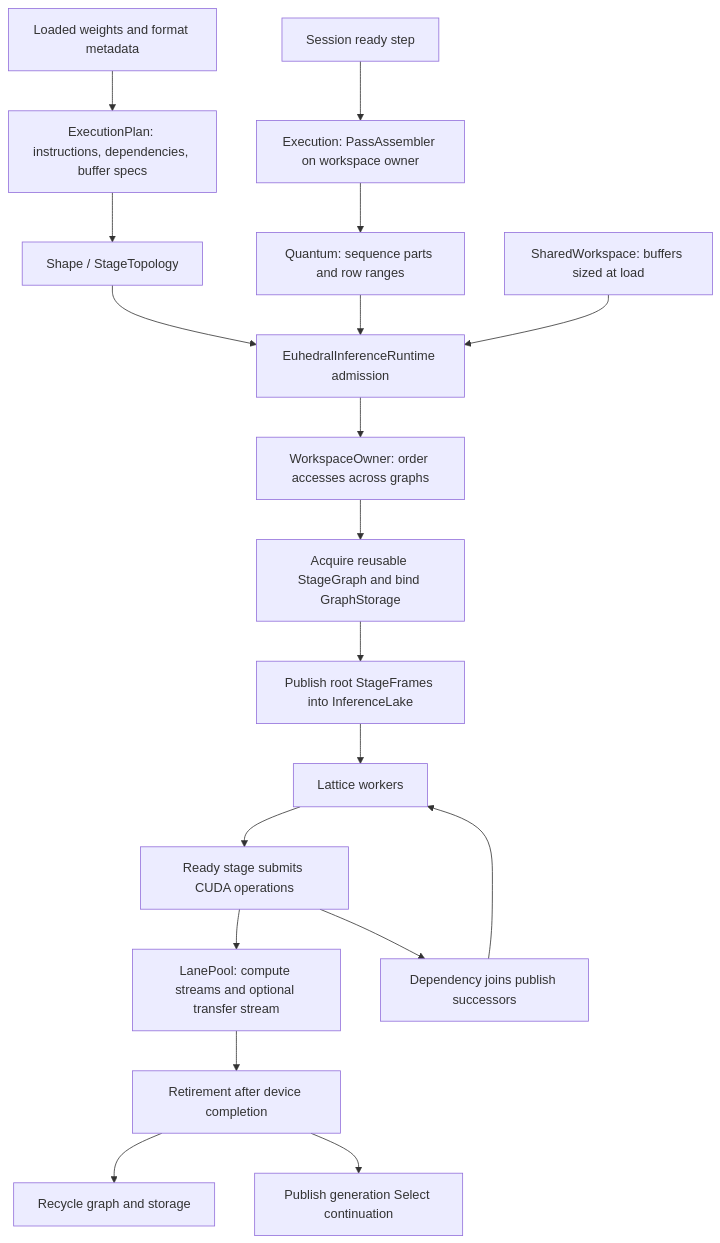
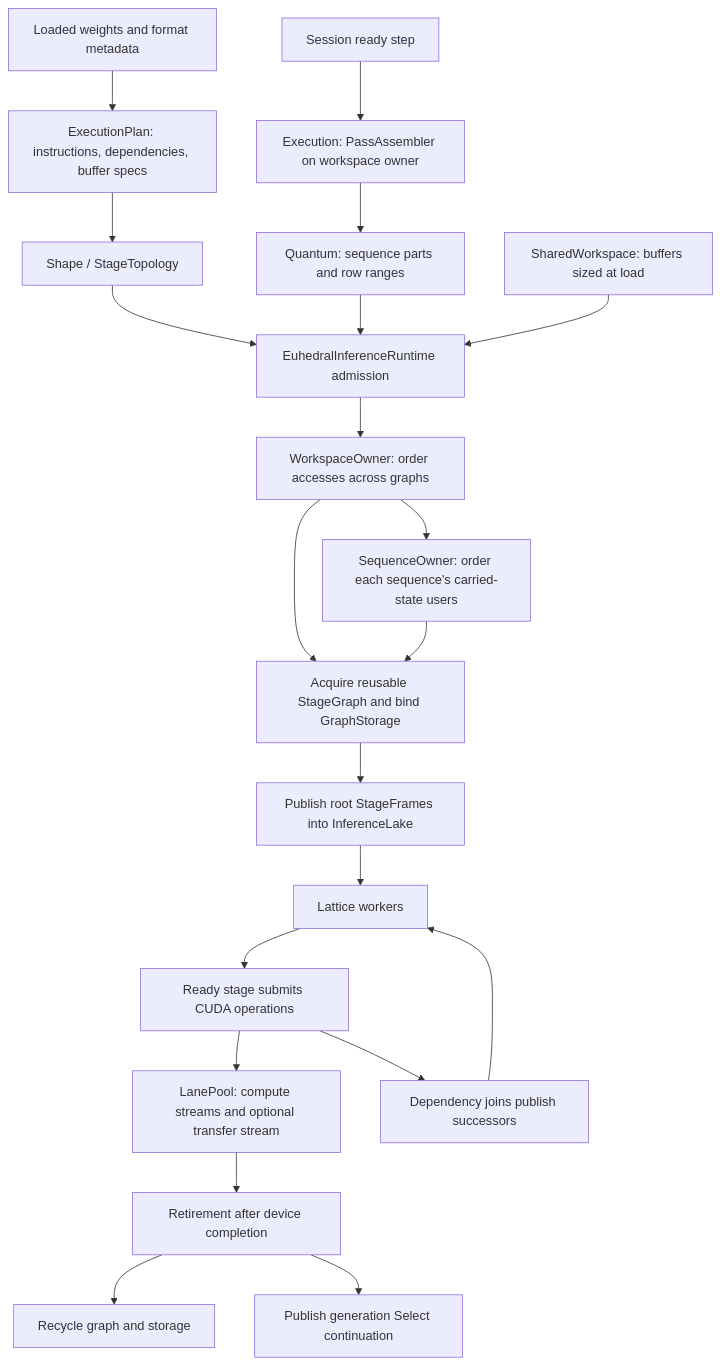
One commit to Euhedral-Engine/Euhedral changed the diagram in docs/architecture/03-execution-engine.md. Above: the diagram before and after it, drawn with Mermaid. The commit also changed other lines of this file and 10 other files, not shown here.

Commit message:
docs: refresh architecture against current runtime and startup

````diff
--- a/docs/architecture/03-execution-engine.md
+++ b/docs/architecture/03-execution-engine.md
@@ -5,21 +5,23 @@
 ```mermaid
 flowchart TB
     W[Loaded weights and format metadata] --> P[ExecutionPlan: instructions, dependencies, buffer specs]
     S[Session ready step] --> A[Execution: PassAssembler on workspace owner]
     A --> Q[Quantum: sequence parts and row ranges]
     P --> Shape[Shape / StageTopology]
     Shape --> R[EuhedralInferenceRuntime admission]
     Q --> R
     Shared[SharedWorkspace: buffers sized at load] --> R
     R --> Owner[WorkspaceOwner: order accesses across graphs]
     Owner --> Graph[Acquire reusable StageGraph and bind GraphStorage]
+    Owner --> Carried[SequenceOwner: order each sequence's carried-state users]
+    Carried --> Graph
     Graph --> Roots[Publish root StageFrames into InferenceLake]
     Roots --> Workers[Lattice workers]
     Workers --> Stage[Ready stage submits CUDA operations]
     Stage --> Lanes[LanePool: compute streams and optional transfer stream]
     Stage --> Next[Dependency joins publish successors]
     Next --> Workers
     Lanes --> Retire[Retirement after device completion]
     Retire --> Pool[Recycle graph and storage]
     Retire --> Select[Publish generation Select continuation]
 ```
````
